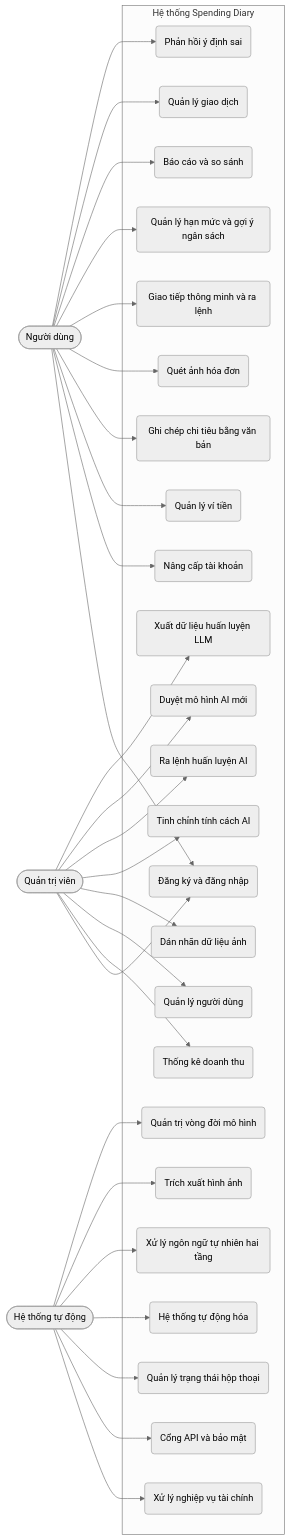
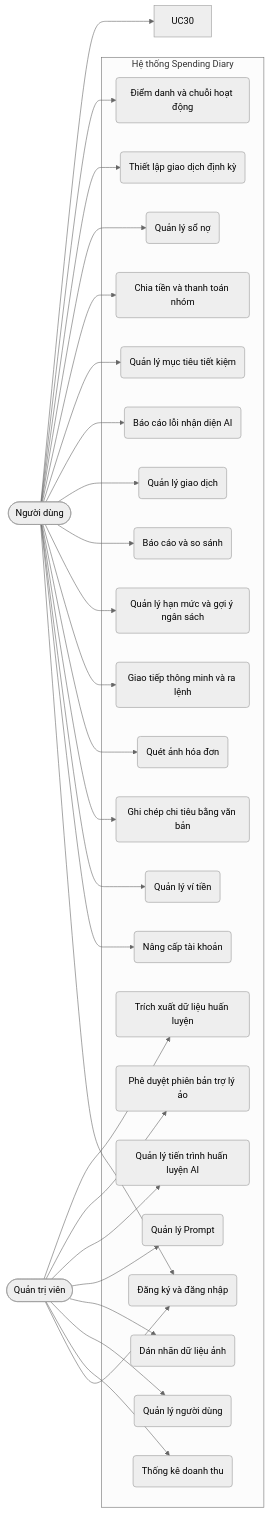
The second of 28 diagrams in Luan_van_Hoan_chinh.md (maikhang160504/spending-diary), drawn with Mermaid (neutral theme) before and after one commit. The commit also changed other lines of this file and 72 other files, not shown here.

````diff
--- a/Luan_van_Hoan_chinh.md
+++ b/Luan_van_Hoan_chinh.md
@@ -228,63 +241,57 @@
 ```mermaid
 flowchart LR
     User([Người dùng])
     Admin([Quản trị viên])
-    System([Hệ thống tự động])
 
     subgraph Hệ thống Spending Diary
         UC1(Đăng ký và đăng nhập)
         UC2(Nâng cấp tài khoản)
         UC3(Quản lý ví tiền)
         UC4(Ghi chép chi tiêu bằng văn bản)
         UC5(Quét ảnh hóa đơn)
         UC6(Giao tiếp thông minh và ra lệnh)
         UC7(Quản lý hạn mức và gợi ý ngân sách)
         UC8(Báo cáo và so sánh)
         UC14(Quản lý giao dịch)
-        UC19(Phản hồi ý định sai)
+        UC19(Báo cáo lỗi nhận diện AI)
+        UC25(Quản lý mục tiêu tiết kiệm)
+        UC26(Chia tiền và thanh toán nhóm)
+        UC27(Quản lý sổ nợ)
+        UC28(Thiết lập giao dịch định kỳ)
+        UC29(Điểm danh và chuỗi hoạt động)
 
         UC9(Thống kê doanh thu)
         UC10(Quản lý người dùng)
         UC11(Dán nhãn dữ liệu ảnh)
-        UC12(Tinh chỉnh tính cách AI)
-        UC13(Ra lệnh huấn luyện AI)
-        UC20(Duyệt mô hình AI mới)
-        UC21(Xuất dữ liệu huấn luyện LLM)
-
-        UC15(Xử lý nghiệp vụ tài chính)
-        UC16(Cổng API và bảo mật)
-        UC17(Quản lý trạng thái hộp thoại)
-        UC18(Hệ thống tự động hóa)
-        UC22(Xử lý ngôn ngữ tự nhiên hai tầng)
-        UC23(Trích xuất hình ảnh)
-        UC24(Quản trị vòng đời mô hình)
+        UC12(Quản lý Prompt)
+        UC13(Quản lý tiến trình huấn luyện AI)
+        UC20(Phê duyệt phiên bản trợ lý ảo)
+        UC21(Trích xuất dữ liệu huấn luyện)
     end
 
     User --> UC1
     User --> UC2
     User --> UC3
     User --> UC4
     User --> UC5
     User --> UC6
     User --> UC7
     User --> UC8
     User --> UC14
     User --> UC19
+    User --> UC25
+    User --> UC26
+    User --> UC27
+    User --> UC28
+    User --> UC29
+    User --> UC30
 
     Admin --> UC1
     Admin --> UC9
     Admin --> UC10
     Admin --> UC11
     Admin --> UC12
     Admin --> UC13
     Admin --> UC20
     Admin --> UC21
-
-    System --> UC15
-    System --> UC16
-    System --> UC17
-    System --> UC18
-    System --> UC22
-    System --> UC23
-    System --> UC24
 ```
````
